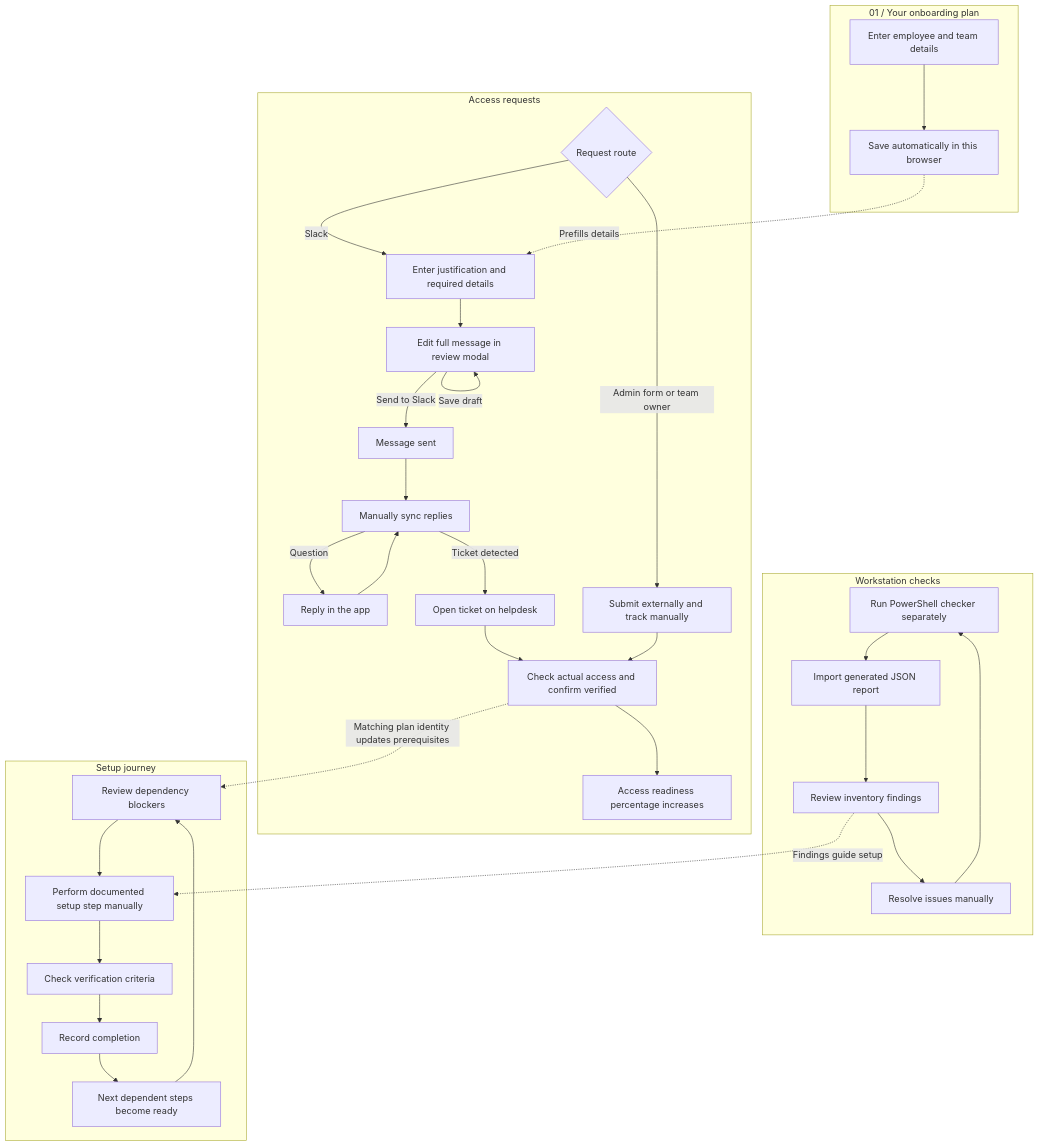
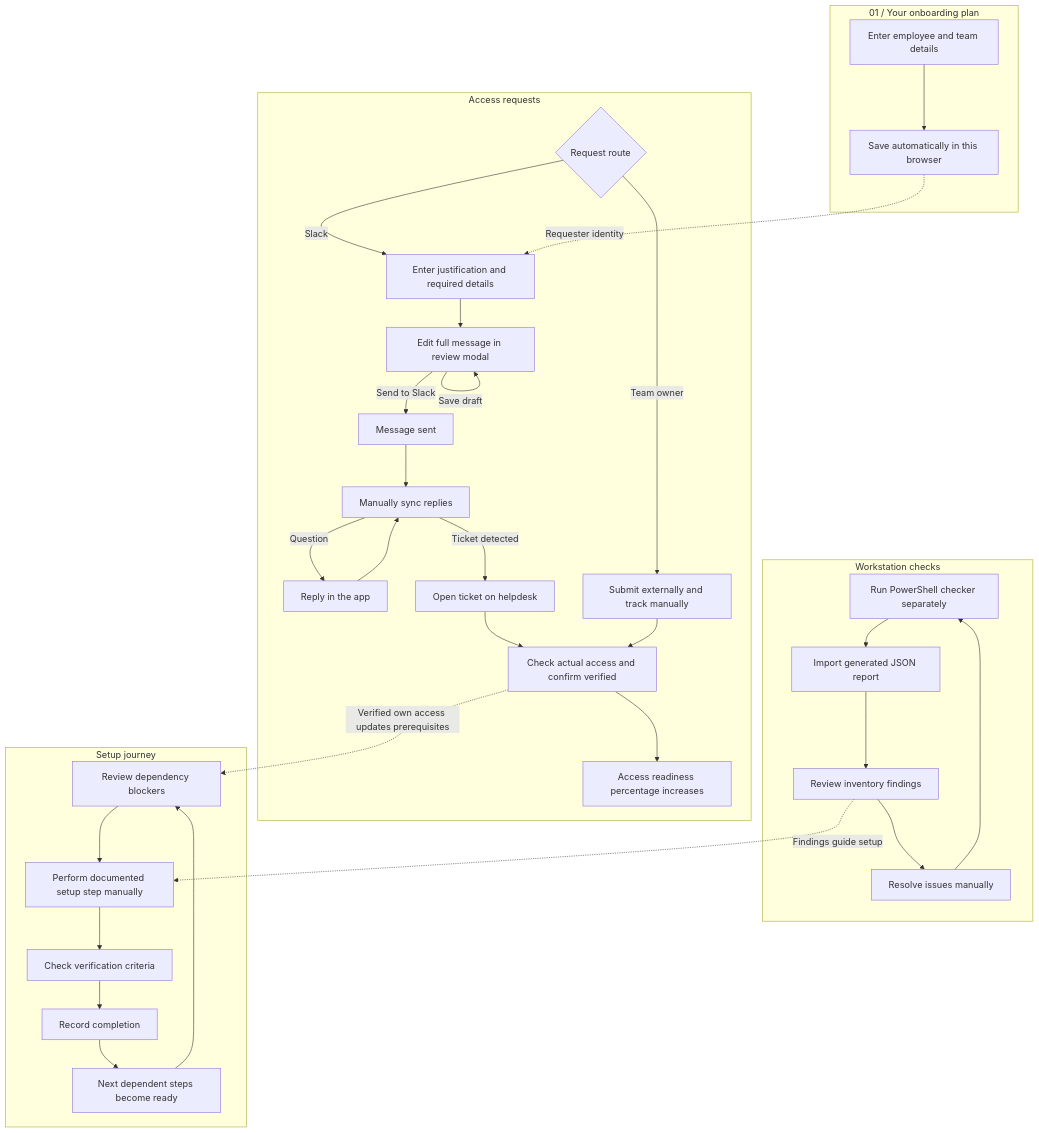
The diagram in docs/page-flows.md (rafay-ahmd/onboarding-assistant), drawn with Mermaid before and after one commit. The commit also changed other lines of this file and 7 other files, not shown here.

````diff
--- a/docs/page-flows.md
+++ b/docs/page-flows.md
@@ -27,36 +27,36 @@
 ```mermaid
 flowchart TB
   subgraph P["01 / Your onboarding plan"]
     P1[Enter employee and team details] --> P2[Save automatically in this browser]
   end
   subgraph A["Access requests"]
     A1{Request route} -->|Slack| A2[Enter justification and required details]
     A2 --> A3[Edit full message in review modal]
     A3 -->|Save draft| A3
     A3 -->|Send to Slack| A4[Message sent]
     A4 --> A5[Manually sync replies]
     A5 -->|Question| A6[Reply in the app]
     A6 --> A5
     A5 -->|Ticket detected| A7[Open ticket on helpdesk]
-    A1 -->|Admin form or team owner| A9[Submit externally and track manually]
+    A1 -->|Team owner| A9[Submit externally and track manually]
     A7 --> A8[Check actual access and confirm verified]
     A9 --> A8
     A8 --> A10[Access readiness percentage increases]
   end
   subgraph W["Workstation checks"]
     W1[Run PowerShell checker separately] --> W2[Import generated JSON report]
     W2 --> W3[Review inventory findings]
     W3 --> W4[Resolve issues manually]
     W4 --> W1
   end
   subgraph S["Setup journey"]
     S1[Review dependency blockers] --> S2[Perform documented setup step manually]
     S2 --> S3[Check verification criteria]
     S3 --> S4[Record completion]
     S4 --> S5[Next dependent steps become ready]
     S5 --> S1
   end
-  P2 -. Prefills details .-> A2
-  A8 -. Matching plan identity updates prerequisites .-> S1
+  P2 -. Requester identity .-> A2
+  A8 -. Verified own access updates prerequisites .-> S1
   W3 -. Findings guide setup .-> S2
 ```
````
